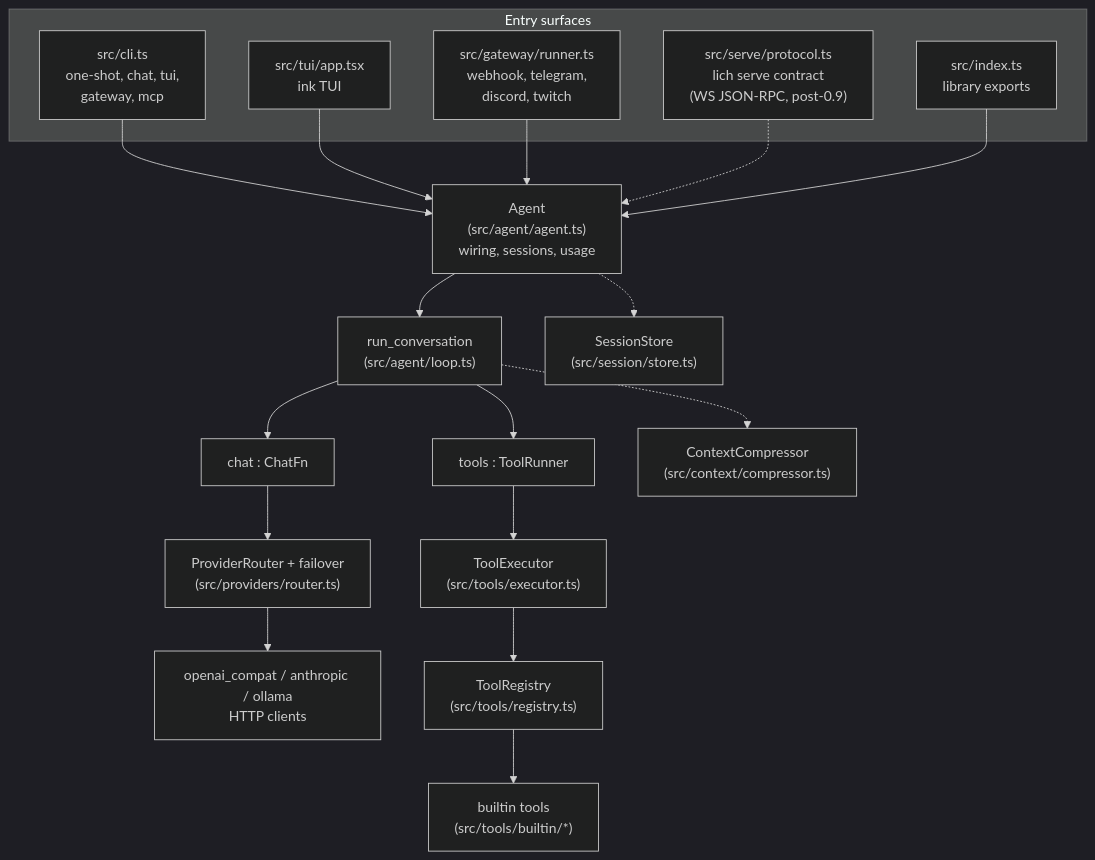
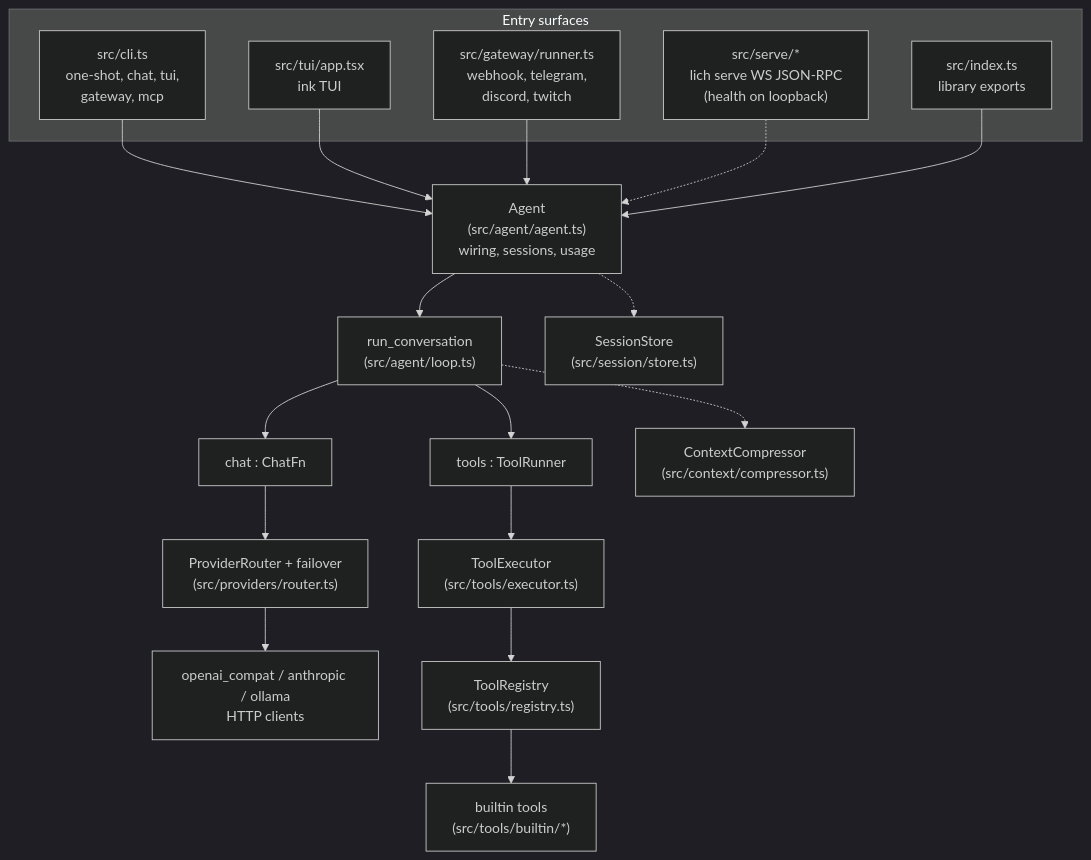
One commit to Moikapy/lich changed the diagram in docs/architecture/overview.md. Above: the diagram before and after it, drawn with Mermaid (dark theme). The commit also changed other lines of this file and 8 other files, not shown here.

First line of the commit message:
feat(serve): WebSocket JSON-RPC health on loopback (#81) (#99)

````diff
--- a/docs/architecture/overview.md
+++ b/docs/architecture/overview.md
@@ -18,37 +18,37 @@
 ```mermaid
 flowchart TB
     subgraph entry["Entry surfaces"]
         CLI["src/cli.ts<br/>one-shot, chat, tui,<br/>gateway, mcp"]
         TUI["src/tui/app.tsx<br/>ink TUI"]
         GW["src/gateway/runner.ts<br/>webhook, telegram,<br/>discord, twitch"]
-        SERVE["src/serve/protocol.ts<br/>lich serve contract<br/>(WS JSON-RPC, post-0.9)"]
+        SERVE["src/serve/*<br/>lich serve WS JSON-RPC<br/>(health on loopback)"]
         LIB["src/index.ts<br/>library exports"]
     end
     AGENT["Agent<br/>(src/agent/agent.ts)<br/>wiring, sessions, usage"]
     LOOP["run_conversation<br/>(src/agent/loop.ts)"]
     CHATFN["chat : ChatFn"]
     TOOLFN["tools : ToolRunner"]
     ROUTER["ProviderRouter + failover<br/>(src/providers/router.ts)"]
     CLIENTS["openai_compat / anthropic / ollama<br/>HTTP clients"]
     EXEC["ToolExecutor<br/>(src/tools/executor.ts)"]
     REG["ToolRegistry<br/>(src/tools/registry.ts)"]
         BUILTIN["builtin tools<br/>(src/tools/builtin/*)"]
     COMP["ContextCompressor<br/>(src/context/compressor.ts)"]
     SESSION["SessionStore<br/>(src/session/store.ts)"]
 
     CLI --> AGENT
     TUI --> AGENT
     GW --> AGENT
     SERVE -.-> AGENT
     LIB --> AGENT
     AGENT --> LOOP
     LOOP --> CHATFN
     LOOP --> TOOLFN
     CHATFN --> ROUTER
     ROUTER --> CLIENTS
     TOOLFN --> EXEC
     EXEC --> REG
     REG --> BUILTIN
     LOOP -.-> COMP
     AGENT -.-> SESSION
 ```
````
